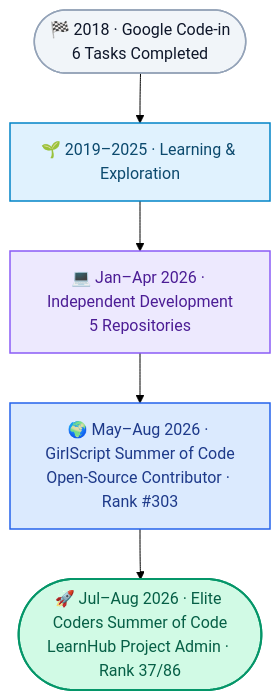
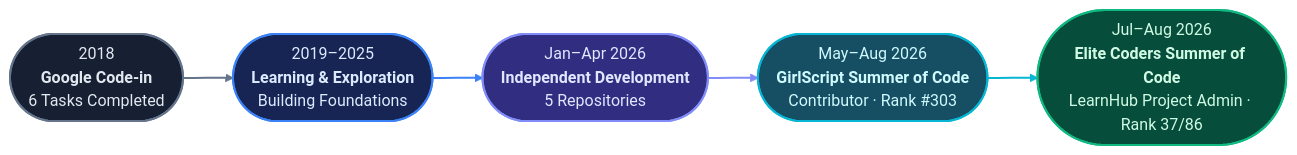
Before and after one commit to udaycodespace/udaycodespace: the first of 2 diagrams in README.md, drawn with Mermaid (forest theme). The commit also changed other lines of this file, not shown here.

````diff
--- a/README.md
+++ b/README.md
@@ -111,22 +112,27 @@
 ```mermaid
-flowchart TD
-    A(["🏁 2018 · Google Code-in<br/>6 Tasks Completed"])
-    B["🌱 2019–2025 · Learning & Exploration"]
-    C["💻 Jan–Apr 2026 · Independent Development<br/>5 Repositories"]
-    D["🌍 May–Aug 2026 · GirlScript Summer of Code<br/>Open-Source Contributor · Rank #303"]
-    E(["🚀 Jul–Aug 2026 · Elite Coders Summer of Code<br/>LearnHub Project Admin · Rank 37/86"])
+flowchart LR
+    A(["2018<br/><b>Google Code-in</b><br/>6 Tasks Completed"])
+    B(["2019–2025<br/><b>Learning & Exploration</b><br/>Building Foundations"])
+    C(["Jan–Apr 2026<br/><b>Independent Development</b><br/>5 Repositories"])
+    D(["May–Aug 2026<br/><b>GirlScript Summer of Code</b><br/>Contributor · Rank #303"])
+    E(["Jul–Aug 2026<br/><b>Elite Coders Summer of Code</b><br/>LearnHub Project Admin · Rank 37/86"])
 
     A --> B --> C --> D --> E
 
-    classDef early fill:#F1F5F9,stroke:#94A3B8,color:#0F172A,stroke-width:1.5px
-    classDef growth fill:#E0F2FE,stroke:#0284C7,color:#0C4A6E,stroke-width:1.5px
-    classDef independent fill:#EDE9FE,stroke:#8B5CF6,color:#4C1D95,stroke-width:1.5px
-    classDef community fill:#DBEAFE,stroke:#2563EB,color:#1E3A8A,stroke-width:1.5px
-    classDef leadership fill:#D1FAE5,stroke:#059669,color:#065F46,stroke-width:2px
+    classDef early fill:#172033,stroke:#64748b,color:#e2e8f0,stroke-width:2px
+    classDef growth fill:#172554,stroke:#3b82f6,color:#dbeafe,stroke-width:2px
+    classDef independent fill:#312e81,stroke:#818cf8,color:#e0e7ff,stroke-width:2px
+    classDef community fill:#164e63,stroke:#06b6d4,color:#cffafe,stroke-width:2px
+    classDef leadership fill:#064e3b,stroke:#10b981,color:#d1fae5,stroke-width:2px
 
     class A early
     class B growth
     class C independent
     class D community
     class E leadership
+
+    linkStyle 0 stroke:#64748b,stroke-width:2px
+    linkStyle 1 stroke:#3b82f6,stroke-width:2px
+    linkStyle 2 stroke:#818cf8,stroke-width:2px
+    linkStyle 3 stroke:#06b6d4,stroke-width:2px
 ```
````
